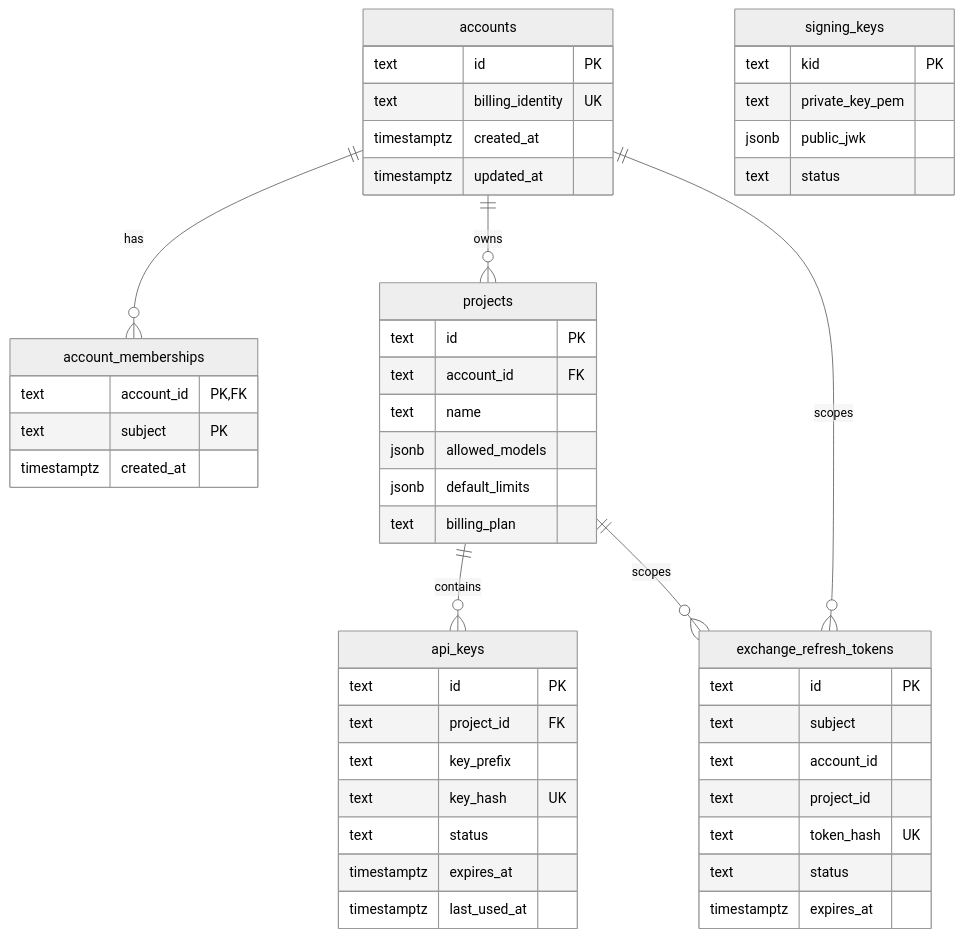
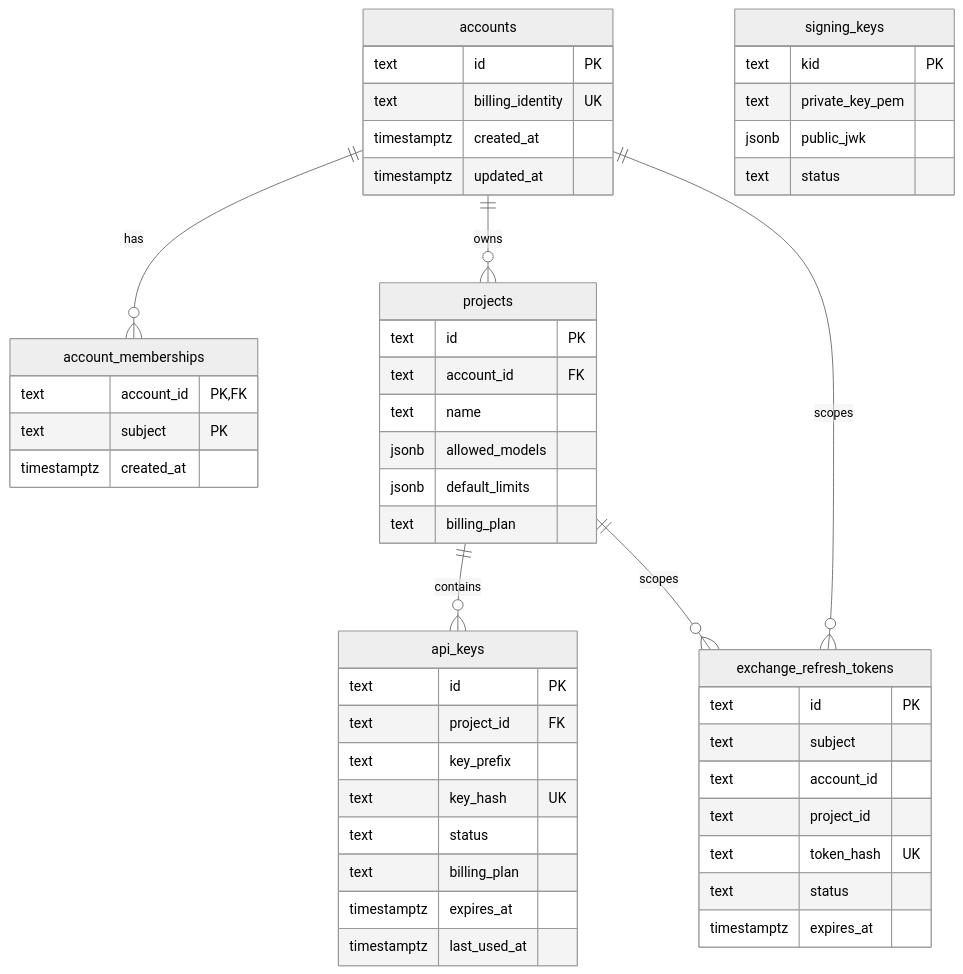
Before and after one commit to ADORSYS-GIS/lightbridge-authz: the third of 5 diagrams in docs/architecture.md, drawn with Mermaid (neutral theme). The commit also changed other lines of this file and 25 other files, not shown here.

First line of the commit message:
feat(authz): require env-driven billing plan on API-key creation

````diff
--- a/docs/architecture.md
+++ b/docs/architecture.md
@@ -115,52 +115,53 @@
 ```mermaid
 erDiagram
     accounts ||--o{ account_memberships : has
     accounts ||--o{ projects : owns
     projects ||--o{ api_keys : contains
     accounts ||--o{ exchange_refresh_tokens : scopes
     projects ||--o{ exchange_refresh_tokens : scopes
 
     accounts {
         text id PK
         text billing_identity UK
         timestamptz created_at
         timestamptz updated_at
     }
     account_memberships {
         text account_id PK,FK
         text subject PK
         timestamptz created_at
     }
     projects {
         text id PK
         text account_id FK
         text name
         jsonb allowed_models
         jsonb default_limits
         text billing_plan
     }
     api_keys {
         text id PK
         text project_id FK
         text key_prefix
         text key_hash UK
         text status
+        text billing_plan
         timestamptz expires_at
         timestamptz last_used_at
     }
     signing_keys {
         text kid PK
         text private_key_pem
         jsonb public_jwk
         text status
     }
     exchange_refresh_tokens {
         text id PK
         text subject
         text account_id
         text project_id
         text token_hash UK
         text status
         timestamptz expires_at
     }
 ```
````
